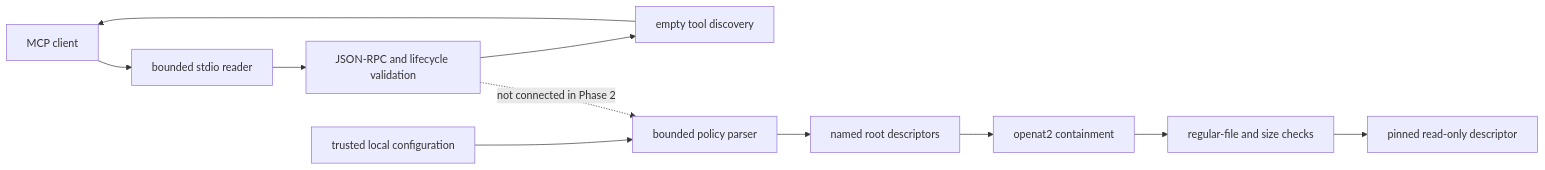
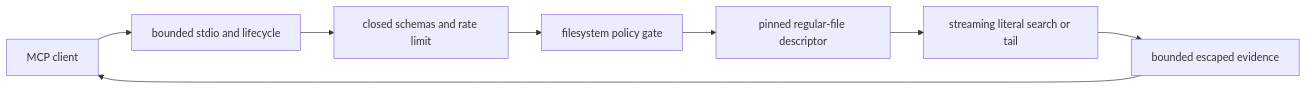
Before and after one commit to kabbersokhi-boop/native-mcp-sandbox: the diagram in README.md, drawn with Mermaid. The commit also changed other lines of this file and 23 other files, not shown here.

Commit message:
Add bounded streaming log tools

````diff
--- a/README.md
+++ b/README.md
@@ -148,15 +154,10 @@
 ```mermaid
 flowchart LR
-    A["MCP client"] --> B["bounded stdio reader"]
-    B --> C["JSON-RPC and lifecycle validation"]
-    C --> D["empty tool discovery"]
-    D --> A
-
-    E["trusted local configuration"] --> F["bounded policy parser"]
-    F --> G["named root descriptors"]
-    G --> H["openat2 containment"]
-    H --> I["regular-file and size checks"]
-    I --> J["pinned read-only descriptor"]
-
-    C -. "not connected in Phase 2" .-> F
+    A["MCP client"] --> B["bounded stdio and lifecycle"]
+    B --> C["closed schemas and rate limit"]
+    C --> D["filesystem policy gate"]
+    D --> E["pinned regular-file descriptor"]
+    E --> F["streaming literal search or tail"]
+    F --> G["bounded escaped evidence"]
+    G --> A
 ```
````
